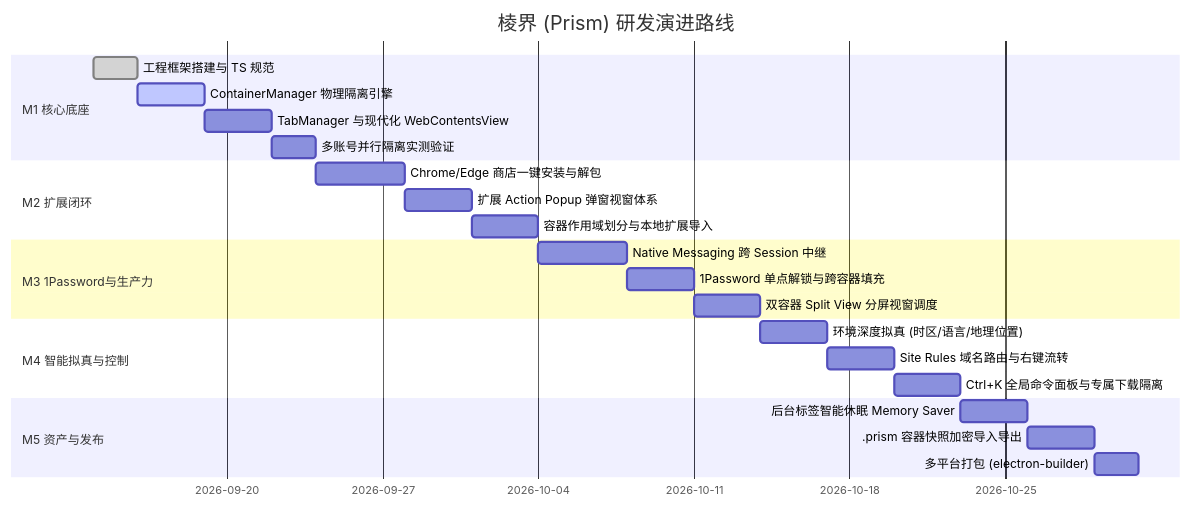
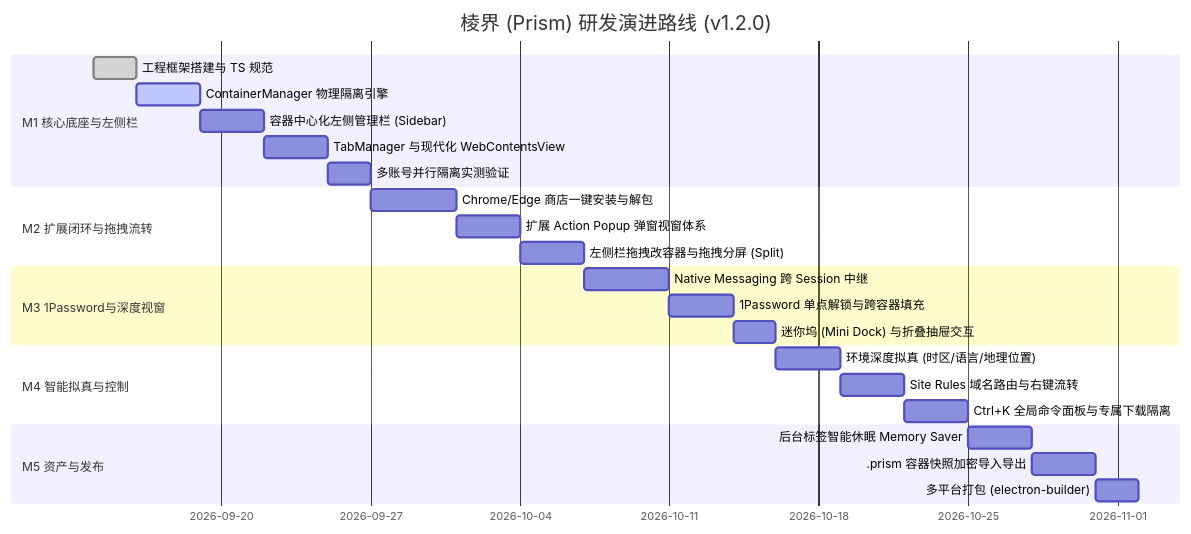
One commit to rfooox/Prism changed the second of 2 diagrams in specs/functional_specification.md. Above: the diagram before and after it, drawn with Mermaid. The commit also changed other lines of this file and 2 other files, not shown here.

````diff
--- a/specs/functional_specification.md
+++ b/specs/functional_specification.md
@@ -279,26 +242,27 @@
 ```mermaid
 gantt
-    title 棱界 (Prism) 研发演进路线
+    title 棱界 (Prism) 研发演进路线 (v1.2.0)
     dateFormat  YYYY-MM-DD
-    section M1 核心底座
+    section M1 核心底座与左侧栏
     工程框架搭建与 TS 规范              :done, m1_1, 2026-09-14, 2d
     ContainerManager 物理隔离引擎      :active, m1_2, after m1_1, 3d
-    TabManager 与现代化 WebContentsView :m1_3, after m1_2, 3d
-    多账号并行隔离实测验证              :m1_4, after m1_3, 2d
-    section M2 扩展闭环
-    Chrome/Edge 商店一键安装与解包    :m2_1, after m1_4, 4d
+    容器中心化左侧管理栏 (Sidebar)     :m1_3, after m1_2, 3d
+    TabManager 与现代化 WebContentsView :m1_4, after m1_3, 3d
+    多账号并行隔离实测验证              :m1_5, after m1_4, 2d
+    section M2 扩展闭环与拖拽流转
+    Chrome/Edge 商店一键安装与解包    :m2_1, after m1_5, 4d
     扩展 Action Popup 弹窗视窗体系    :m2_2, after m2_1, 3d
-    容器作用域划分与本地扩展导入        :m2_3, after m2_2, 3d
-    section M3 1Password与生产力
+    左侧栏拖拽改容器与拖拽分屏 (Split)  :m2_3, after m2_2, 3d
+    section M3 1Password与深度视窗
     Native Messaging 跨 Session 中继   :m3_1, after m2_3, 4d
     1Password 单点解锁与跨容器填充     :m3_2, after m3_1, 3d
-    双容器 Split View 分屏视窗调度     :m3_3, after m3_2, 3d
+    迷你坞 (Mini Dock) 与折叠抽屉交互  :m3_3, after m3_2, 2d
     section M4 智能拟真与控制
     环境深度拟真 (时区/语言/地理位置)   :m4_1, after m3_3, 3d
     Site Rules 域名路由与右键流转      :m4_2, after m4_1, 3d
     Ctrl+K 全局命令面板与专属下载隔离   :m4_3, after m4_2, 3d
     section M5 资产与发布
     后台标签智能休眠 Memory Saver      :m5_1, after m4_3, 3d
     .prism 容器快照加密导入导出        :m5_2, after m5_1, 3d
     多平台打包 (electron-builder)      :m5_3, after m5_2, 2d
 ```
````
